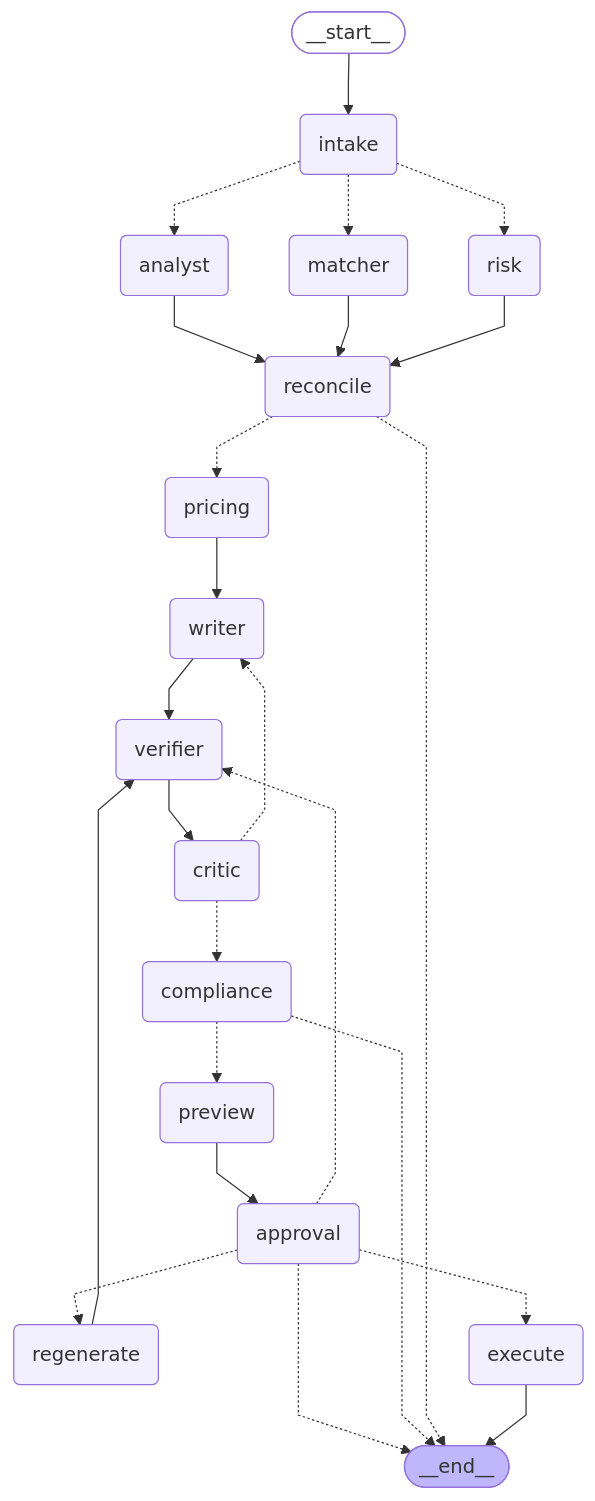
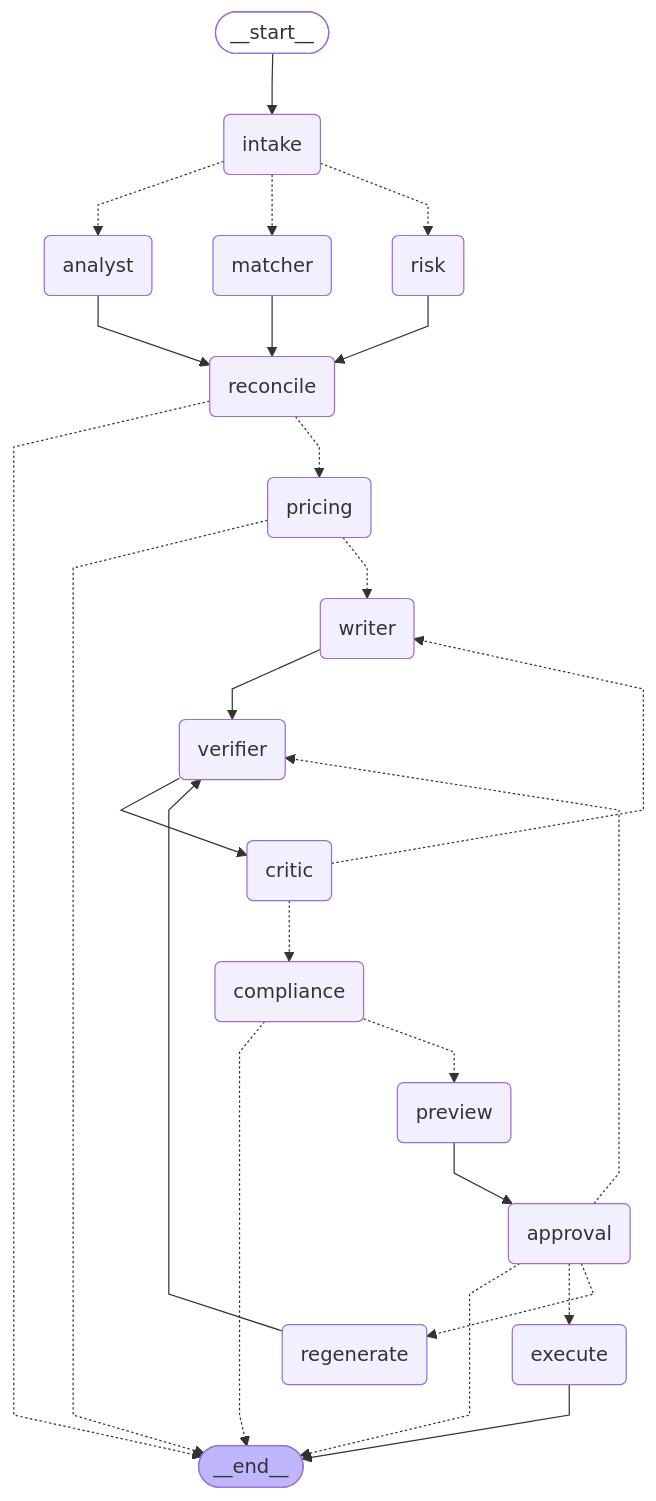
The diagram in docs/images/bid.mmd (muhammad-moiz-ansari/gigbid), drawn with Mermaid before and after one commit. The commit also changed 48 other files, not shown here.

```diff
--- a/docs/images/bid.mmd
+++ b/docs/images/bid.mmd
@@ -1,48 +1,49 @@
 ---
 config:
   flowchart:
     curve: linear
 ---
 graph TD;
 	__start__([<p>__start__</p>]):::first
 	intake(intake)
 	analyst(analyst)
 	risk(risk)
 	matcher(matcher)
 	reconcile(reconcile)
 	pricing(pricing)
 	writer(writer)
 	verifier(verifier)
 	critic(critic)
 	compliance(compliance)
 	preview(preview)
 	regenerate(regenerate)
 	approval(approval)
 	execute(execute)
 	__end__([<p>__end__</p>]):::last
 	__start__ --> intake;
 	analyst --> reconcile;
 	approval -.-> __end__;
 	approval -.-> execute;
 	approval -.-> regenerate;
 	approval -.-> verifier;
 	compliance -.-> __end__;
 	compliance -.-> preview;
 	critic -.-> compliance;
 	critic -.-> writer;
 	intake -.-> analyst;
 	intake -.-> matcher;
 	intake -.-> risk;
 	matcher --> reconcile;
 	preview --> approval;
-	pricing --> writer;
+	pricing -.-> __end__;
+	pricing -.-> writer;
 	reconcile -.-> __end__;
 	reconcile -.-> pricing;
 	regenerate --> verifier;
 	risk --> reconcile;
 	verifier --> critic;
 	writer --> verifier;
 	execute --> __end__;
 	classDef default fill:#f2f0ff,line-height:1.2
 	classDef first fill-opacity:0
 	classDef last fill:#bfb6fc
```
